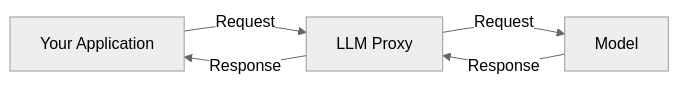
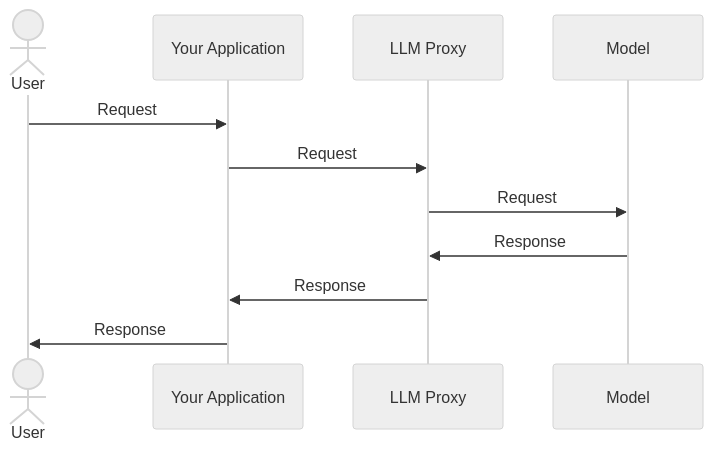
Before and after one commit to langfuse/langfuse-docs: the first of 2 diagrams in pages/blog/2024-09-langfuse-proxy.mdx, drawn with Mermaid (neutral theme). The commit also changed other lines of this file, not shown here.

Commit message:
docs: add charts to proxy blog post

````diff
--- a/pages/blog/2024-09-langfuse-proxy.mdx
+++ b/pages/blog/2024-09-langfuse-proxy.mdx
@@ -31,5 +31,14 @@
 ```mermaid
-graph LR
-    A[Your Application] -->|"Request"| B[LLM Proxy] -->|"Request"| Model
-    Model -->|"Response"| B -->|"Response"| A
+sequenceDiagram
+    actor U as User
+    participant A as Your Application
+    participant B as LLM Proxy
+    participant M as Model
+
+    U->>A: Request
+    A->>B: Request
+    B->>M: Request
+    M->>B: Response
+    B->>A: Response
+    A->>U: Response
 ```
````
